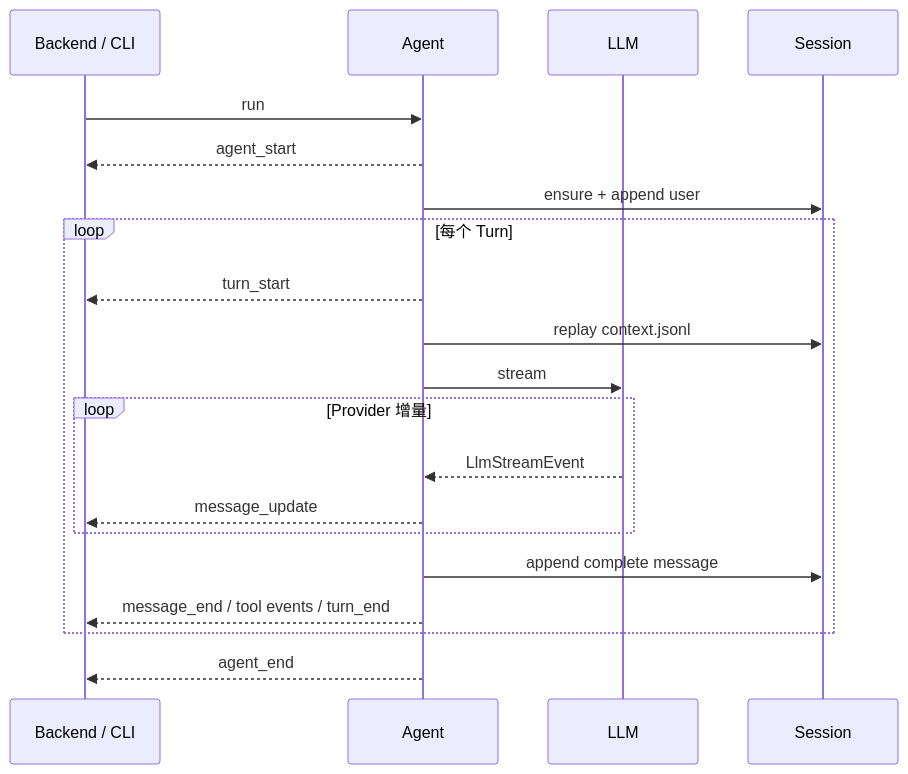
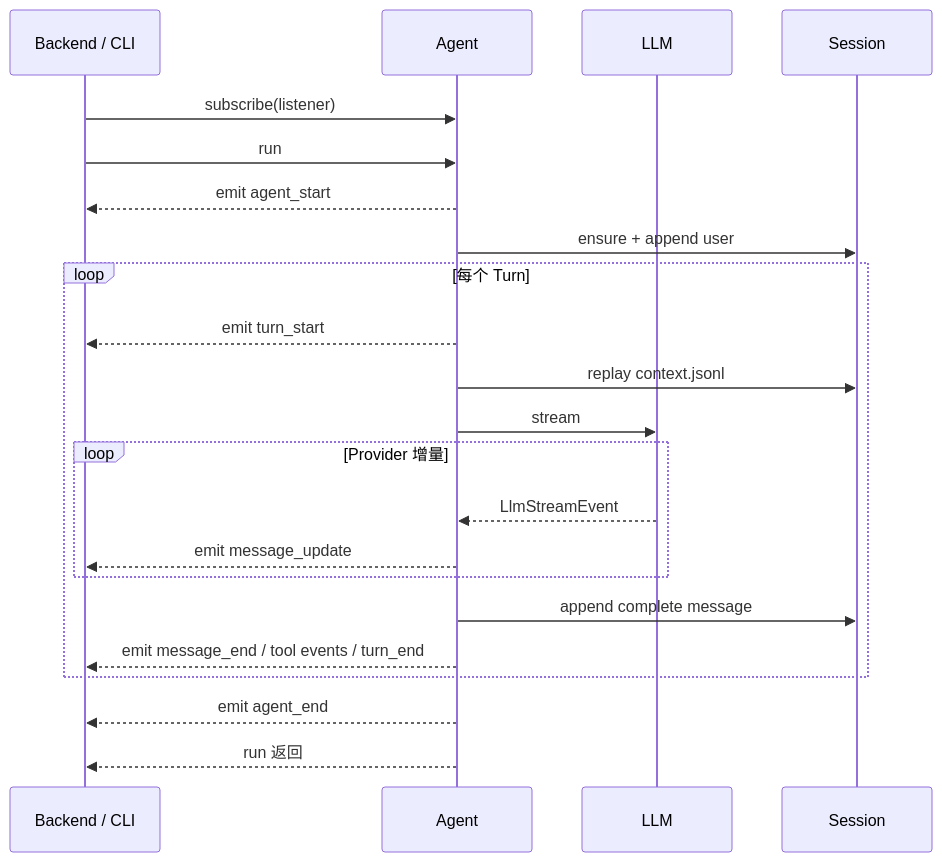
Before and after one commit to Camelovee/Camel-Harness: the second of 2 diagrams in docs/项目架构.md, drawn with Mermaid. The commit also changed other lines of this file and 54 other files, not shown here.

Commit message:
feat: add agent run controls and multi-model web settings

````diff
--- a/docs/项目架构.md
+++ b/docs/项目架构.md
@@ -121,23 +135,25 @@
 ```mermaid
 sequenceDiagram
     participant U as Backend / CLI
     participant A as Agent
     participant M as LLM
     participant S as Session
 
+    U->>A: subscribe(listener)
     U->>A: run
-    A-->>U: agent_start
+    A-->>U: emit agent_start
     A->>S: ensure + append user
     loop 每个 Turn
-        A-->>U: turn_start
+        A-->>U: emit turn_start
         A->>S: replay context.jsonl
         A->>M: stream
         loop Provider 增量
             M-->>A: LlmStreamEvent
-            A-->>U: message_update
+            A-->>U: emit message_update
         end
         A->>S: append complete message
-        A-->>U: message_end / tool events / turn_end
+        A-->>U: emit message_end / tool events / turn_end
     end
-    A-->>U: agent_end
+    A-->>U: emit agent_end
+    A-->>U: run 返回
 ```
````
